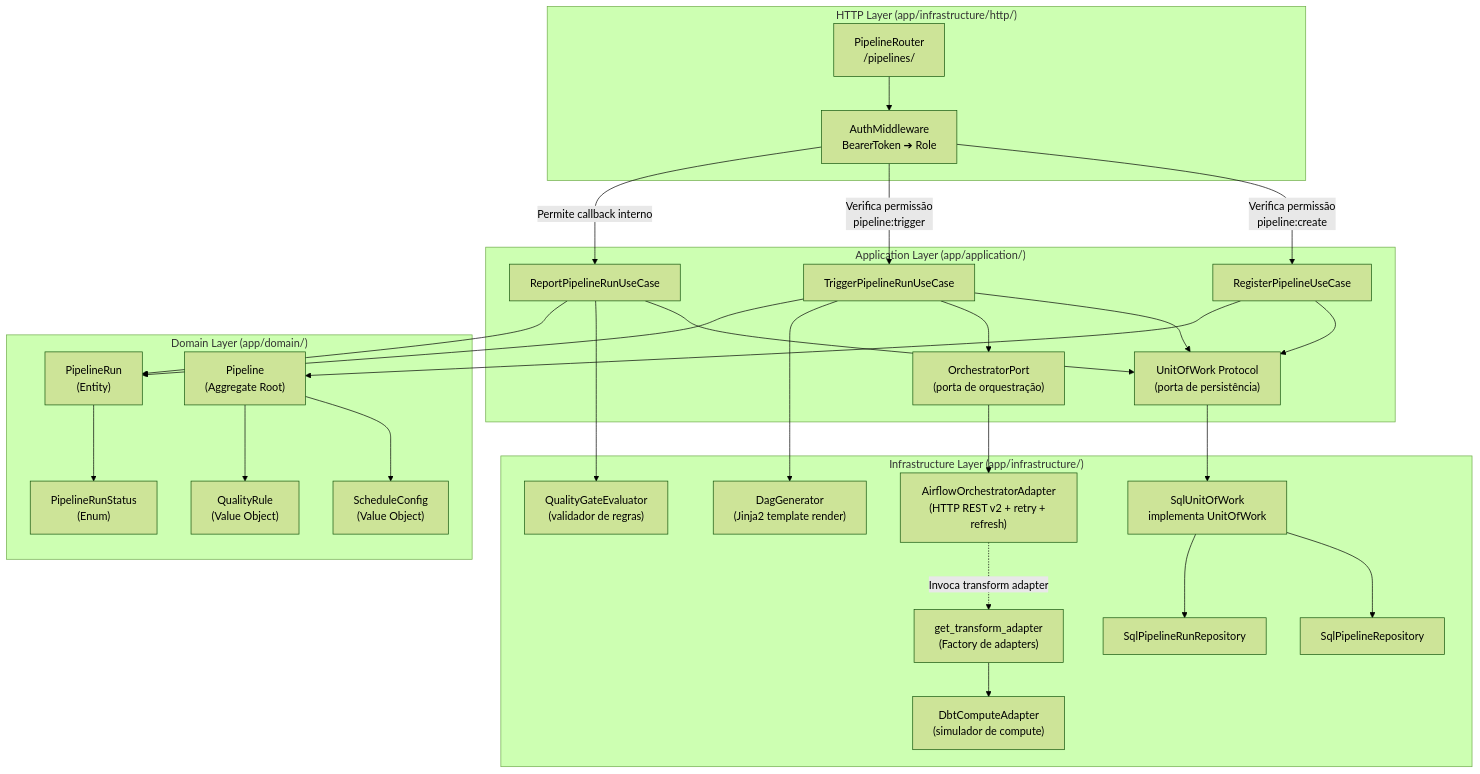
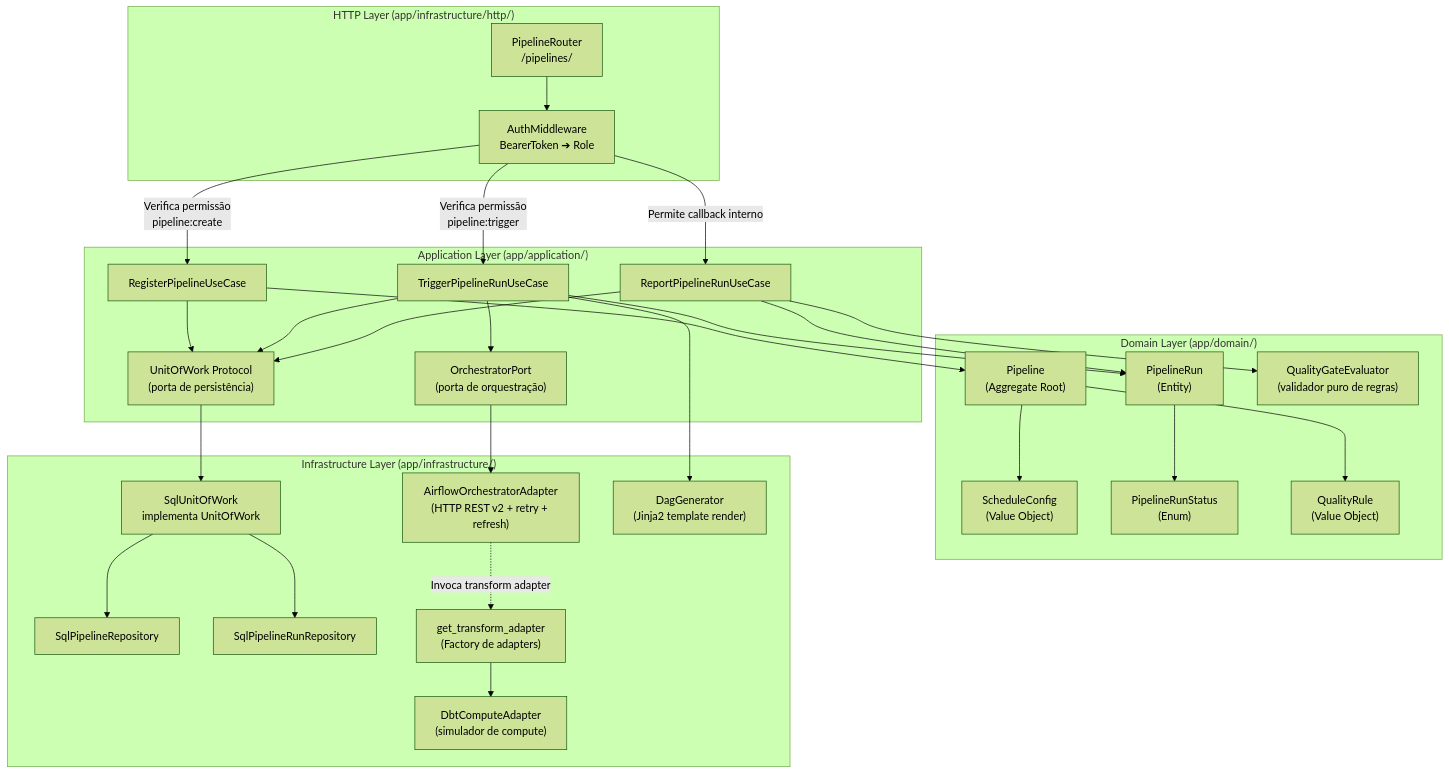
One commit to Melo-Anderson/clean-data-platform-airflow changed the diagram in docs/c4_model/components/pipelines.md. Above: the diagram before and after it, drawn with Mermaid (forest theme). The commit also changed other lines of this file and 85 other files, not shown here.

First line of the commit message:
refactor(architecture): comprehensive clean code refactoring across phases 1-4

````diff
--- a/docs/c4_model/components/pipelines.md
+++ b/docs/c4_model/components/pipelines.md
@@ -5,62 +5,62 @@
 ```mermaid
 graph TD
     subgraph "HTTP Layer (app/infrastructure/http/)"
         ROUTER_PIPE["PipelineRouter\n/pipelines/"]
         AUTH["AuthMiddleware\nBearerToken ➔ Role"]
     end
 
     subgraph "Application Layer (app/application/)"
         UC_REG["RegisterPipelineUseCase"]
         UC_TRIG["TriggerPipelineRunUseCase"]
         UC_QUAL["ReportPipelineRunUseCase"]
         UOW["UnitOfWork Protocol\n(porta de persistência)"]
         ORCH["OrchestratorPort\n(porta de orquestração)"]
     end
 
     subgraph "Domain Layer (app/domain/)"
         PIPELINE["Pipeline\n(Aggregate Root)"]
         PRUN["PipelineRun\n(Entity)"]
         SC["ScheduleConfig\n(Value Object)"]
         PS["PipelineRunStatus\n(Enum)"]
         QR["QualityRule\n(Value Object)"]
+        QUALITY["QualityGateEvaluator\n(validador puro de regras)"]
     end
 
     subgraph "Infrastructure Layer (app/infrastructure/)"
         SQL_UOW["SqlUnitOfWork\nimplementa UnitOfWork"]
         SQL_REPO_P["SqlPipelineRepository"]
         SQL_REPO_R["SqlPipelineRunRepository"]
         AIRFLOW_ADAPT["AirflowOrchestratorAdapter\n(HTTP REST v2 + retry + refresh)"]
         DAG_GEN["DagGenerator\n(Jinja2 template render)"]
-        QUALITY["QualityGateEvaluator\n(validador de regras)"]
         COMPUTE_FACTORY["get_transform_adapter\n(Factory de adapters)"]
         DBT_COMPUTE["DbtComputeAdapter\n(simulador de compute)"]
     end
 
     ROUTER_PIPE --> AUTH
     AUTH -->|"Verifica permissão\npipeline:create"| UC_REG
     AUTH -->|"Verifica permissão\npipeline:trigger"| UC_TRIG
     AUTH -->|"Permite callback interno"| UC_QUAL
 
     UC_REG --> UOW
     UC_TRIG --> UOW
     UC_TRIG --> ORCH
     UC_TRIG --> DAG_GEN
     UC_QUAL --> UOW
     UC_QUAL --> QUALITY
 
     UOW --> SQL_UOW
     SQL_UOW --> SQL_REPO_P
     SQL_UOW --> SQL_REPO_R
 
     ORCH --> AIRFLOW_ADAPT
     UC_REG --> PIPELINE
     UC_TRIG --> PRUN
     UC_QUAL --> PRUN
 
     PIPELINE --> SC
     PIPELINE --> QR
     PRUN --> PS
 
     AIRFLOW_ADAPT -.->|"Invoca transform adapter"| COMPUTE_FACTORY
     COMPUTE_FACTORY --> DBT_COMPUTE
 ```
````
